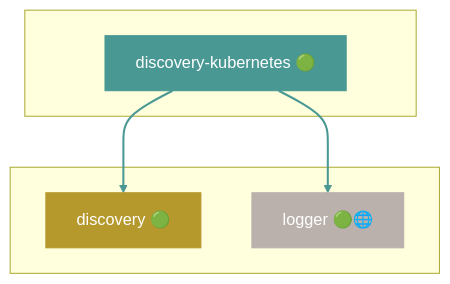
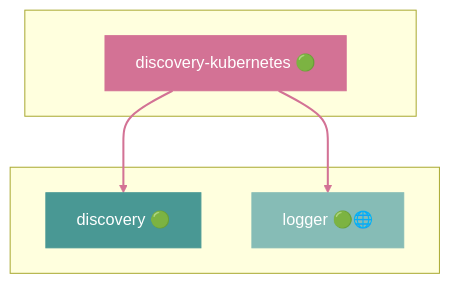
One commit to grest-ts/grest-ts changed diagram 16 of 46 in docs/DEPENDENCIES.md. Above: the diagram before and after it, drawn with Mermaid. The commit also changed other lines of this file and 59 other files, not shown here.

````diff
--- a/docs/DEPENDENCIES.md
+++ b/docs/DEPENDENCIES.md
@@ -887,17 +891,17 @@
 ```mermaid
 flowchart TB
     subgraph Package[" "]
         discovery-kubernetes["discovery-kubernetes 🟢"]
     end
     subgraph Dependencies[" "]
         discovery["discovery 🟢"]
         logger["logger 🟢🌐"]
     end
     discovery-kubernetes --> discovery
     discovery-kubernetes --> logger
-    style discovery-kubernetes fill:#499894,stroke:#499894,color:#fff
-    style discovery fill:#B6992D,stroke:#B6992D,color:#fff
-    style logger fill:#BAB0AC,stroke:#BAB0AC,color:#fff
-    linkStyle 0 stroke:#499894,stroke-width:2px
-    linkStyle 1 stroke:#499894,stroke-width:2px
+    style discovery-kubernetes fill:#D37295,stroke:#D37295,color:#fff
+    style discovery fill:#499894,stroke:#499894,color:#fff
+    style logger fill:#86BCB6,stroke:#86BCB6,color:#fff
+    linkStyle 0 stroke:#D37295,stroke-width:2px
+    linkStyle 1 stroke:#D37295,stroke-width:2px
 ```
````
